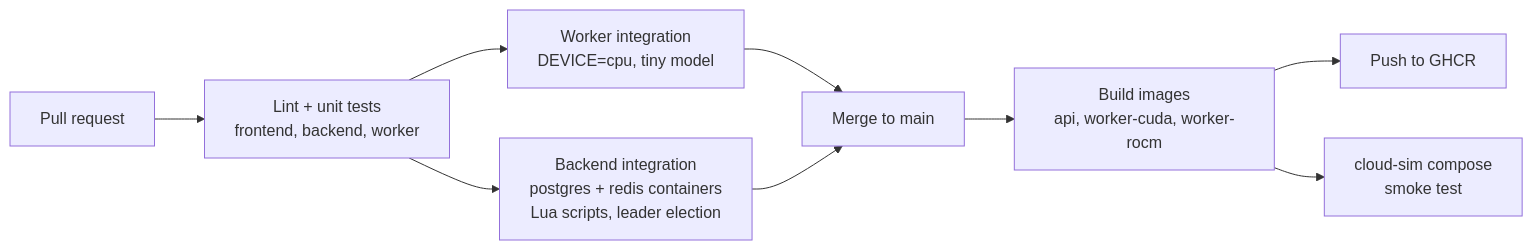
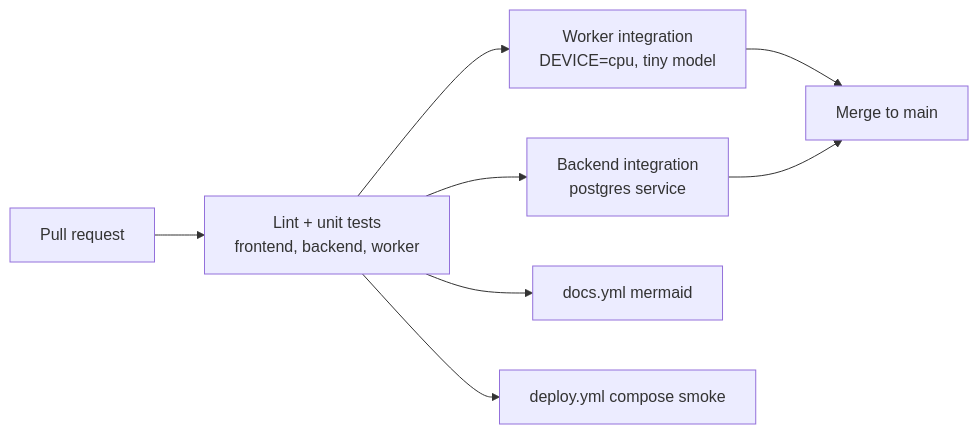
The third of 4 diagrams in docs/local-development.md (Portocolom-Studio/potocolom), drawn with Mermaid before and after one commit. The commit also changed other lines of this file and 15 other files, not shown here.

````diff
--- a/docs/local-development.md
+++ b/docs/local-development.md
@@ -269,11 +254,10 @@
 ```mermaid
 flowchart LR
     PR["Pull request"] --> LINT["Lint + unit tests<br>frontend, backend, worker"]
     LINT --> WCPU["Worker integration<br>DEVICE=cpu, tiny model"]
-    LINT --> BINT["Backend integration<br>postgres + redis containers<br>Lua scripts, leader election"]
+    LINT --> BINT["Backend integration<br>postgres service"]
+    LINT --> DOCS["docs.yml mermaid"]
+    LINT --> DEPLOY["deploy.yml compose smoke"]
     WCPU --> MAIN["Merge to main"]
     BINT --> MAIN
-    MAIN --> IMG["Build images<br>api, worker-cuda, worker-rocm"]
-    IMG --> GHCR["Push to GHCR"]
-    IMG --> SIM["cloud-sim compose<br>smoke test"]
 ```
````
